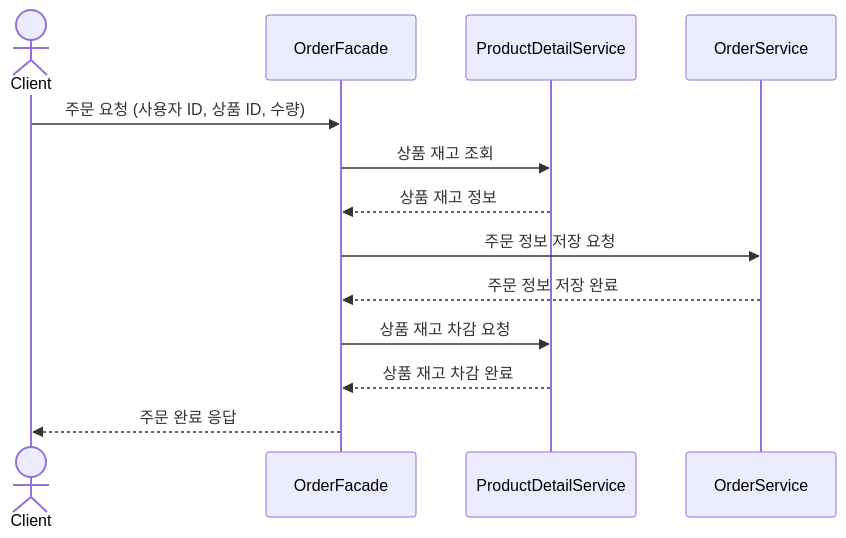
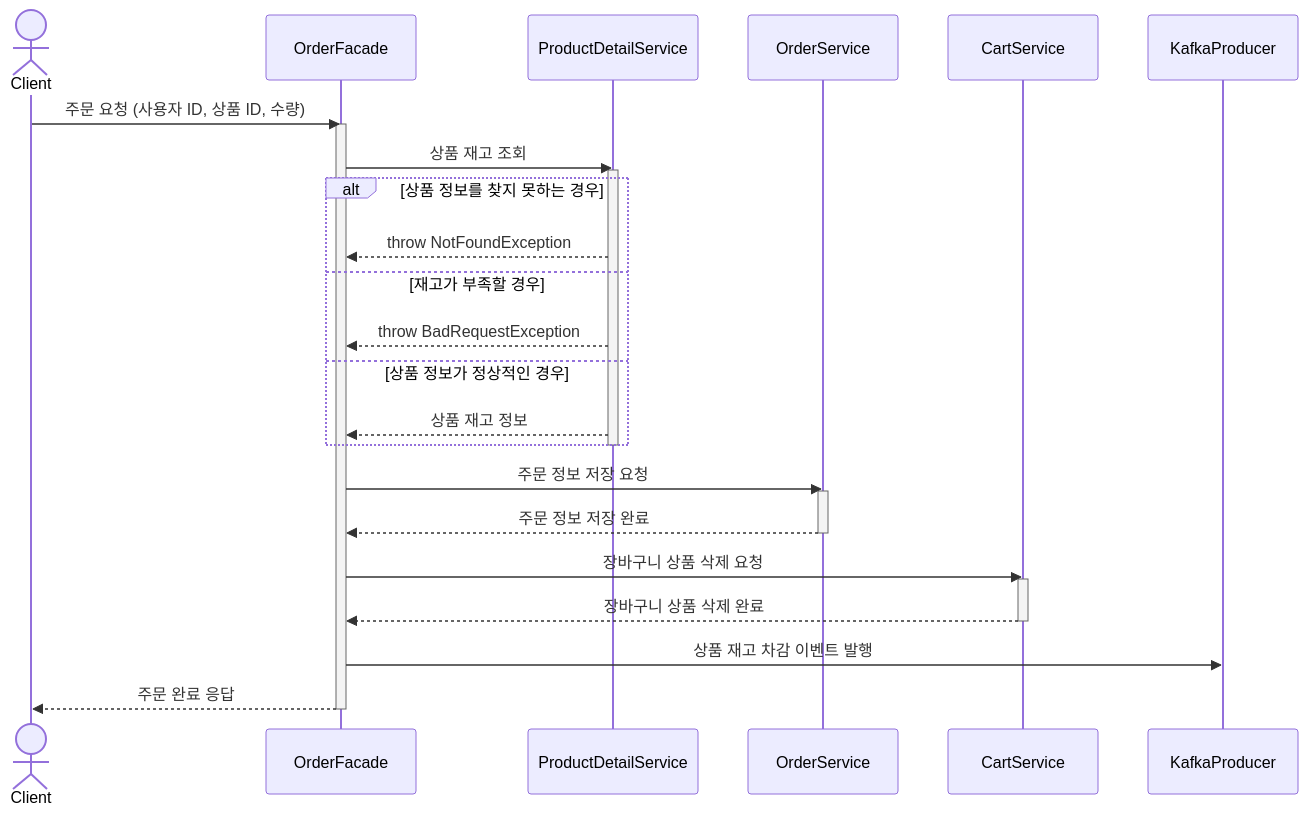
Before and after one commit to lgm1007/hhplus_ecommerce: the fifth of 10 diagrams in docs/SEQUENCE_DIAGRAM.md, drawn with Mermaid. The commit also changed other lines of this file and 1 other file, not shown here.

Commit message:
docs: 시퀀스 다이어그램, 플로우 차트 내용 수정

````diff
--- a/docs/SEQUENCE_DIAGRAM.md
+++ b/docs/SEQUENCE_DIAGRAM.md
@@ -86,16 +97,33 @@
 ```mermaid
 sequenceDiagram
     actor Client
     participant OrderFacade
     participant ProductDetailService
     participant OrderService
+    participant CartService
+    participant KafkaProducer
 
     Client ->> OrderFacade: 주문 요청 (사용자 ID, 상품 ID, 수량)
+    activate OrderFacade
     OrderFacade ->> ProductDetailService: 상품 재고 조회
-    ProductDetailService -->> OrderFacade: 상품 재고 정보
+    activate ProductDetailService
+    alt 상품 정보를 찾지 못하는 경우
+        ProductDetailService -->> OrderFacade: throw NotFoundException
+    else 재고가 부족할 경우
+        ProductDetailService -->> OrderFacade: throw BadRequestException
+    else 상품 정보가 정상적인 경우
+        ProductDetailService -->> OrderFacade: 상품 재고 정보
+    end
+    deactivate ProductDetailService
     OrderFacade ->> OrderService: 주문 정보 저장 요청
+    activate OrderService
     OrderService -->> OrderFacade: 주문 정보 저장 완료
-    OrderFacade ->> ProductDetailService: 상품 재고 차감 요청
-    ProductDetailService -->> OrderFacade: 상품 재고 차감 완료
+    deactivate OrderService
+    OrderFacade ->> CartService: 장바구니 상품 삭제 요청
+    activate CartService
+    CartService -->> OrderFacade: 장바구니 상품 삭제 완료
+    deactivate CartService
+    OrderFacade ->> KafkaProducer: 상품 재고 차감 이벤트 발행
     OrderFacade -->> Client: 주문 완료 응답
+    deactivate OrderFacade
 ```
````
